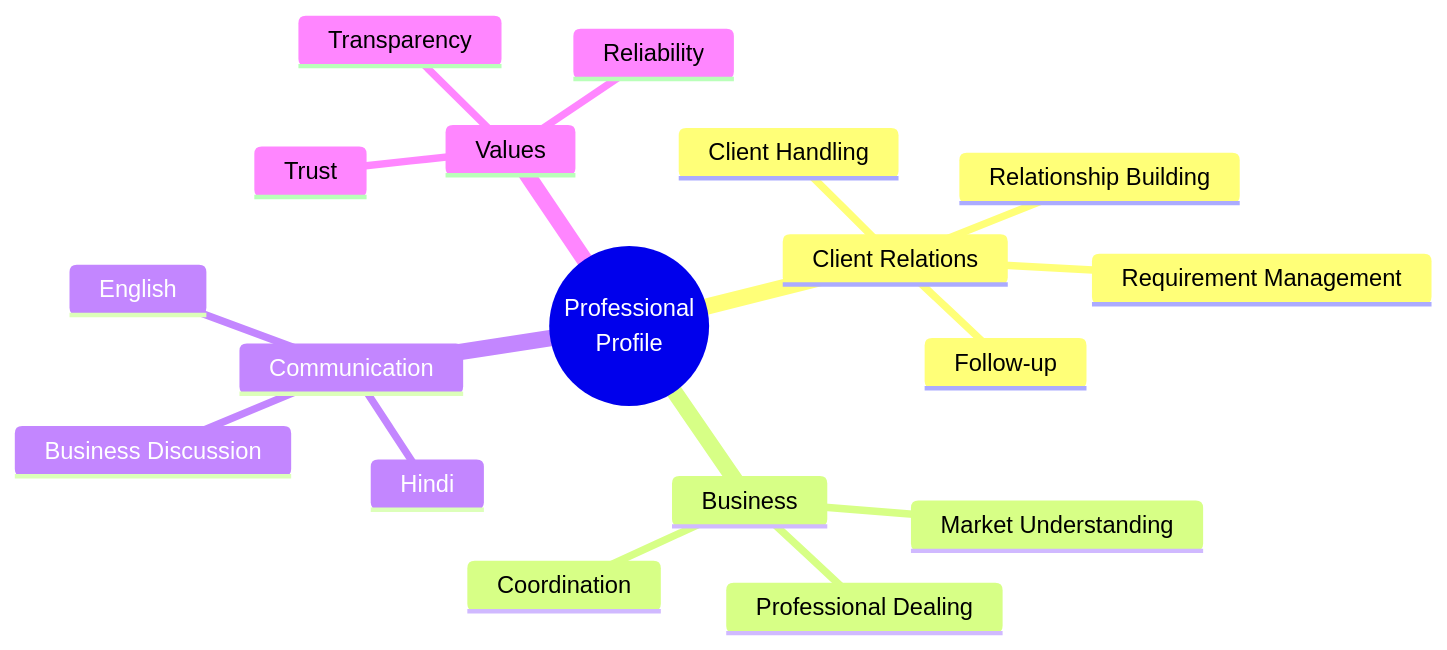
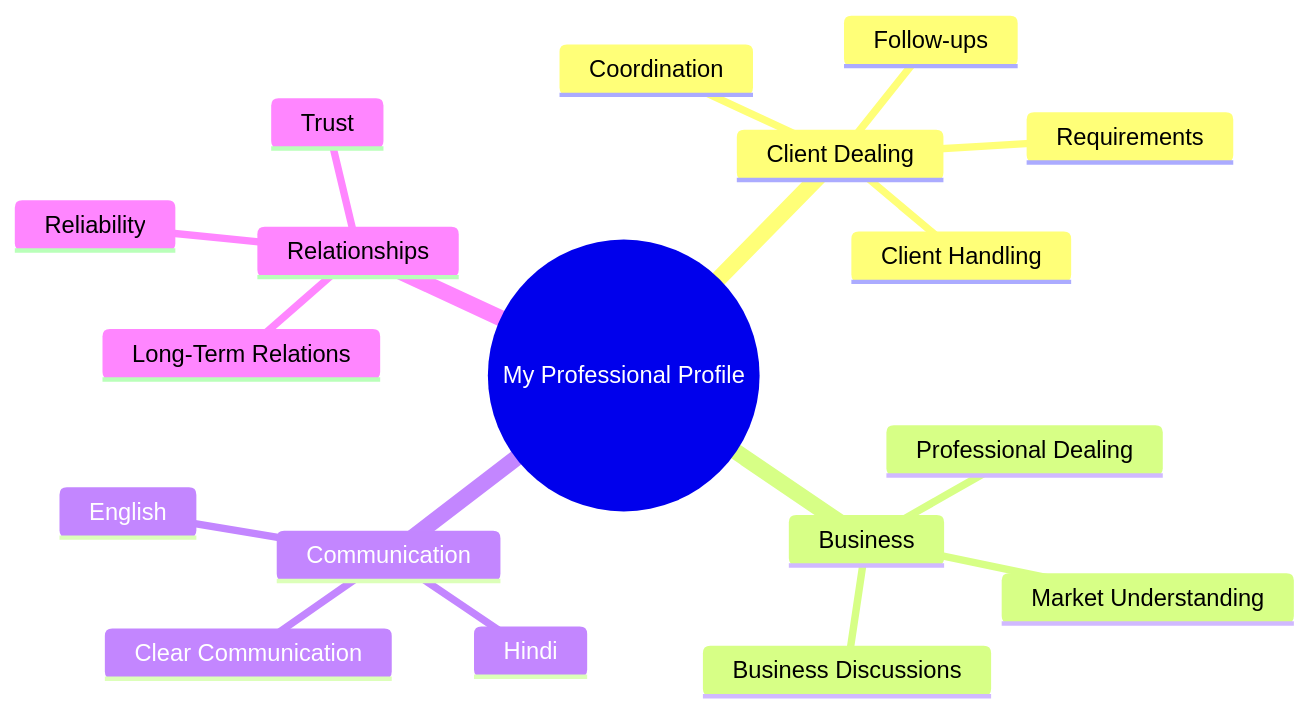
One commit to TeamZelmo/TeamZelmo changed the second of 2 diagrams in README.md. Above: the diagram before and after it, drawn with Mermaid. The commit also changed other lines of this file, not shown here.

````diff
--- a/README.md
+++ b/README.md
@@ -123,21 +126,21 @@
-```mermaid id="j4z7yx"
+```mermaid id="j2p8vn"
 mindmap
-  root((Professional<br/>Profile))
-    Client Relations
+  root((My Professional Profile))
+    Client Dealing
       Client Handling
-      Requirement Management
-      Follow-up
-      Relationship Building
+      Requirements
+      Follow-ups
+      Coordination
     Business
       Market Understanding
-      Coordination
+      Business Discussions
       Professional Dealing
     Communication
       English
       Hindi
-      Business Discussion
-    Values
+      Clear Communication
+    Relationships
       Trust
-      Transparency
       Reliability
+      Long-Term Relations
 ```
````
